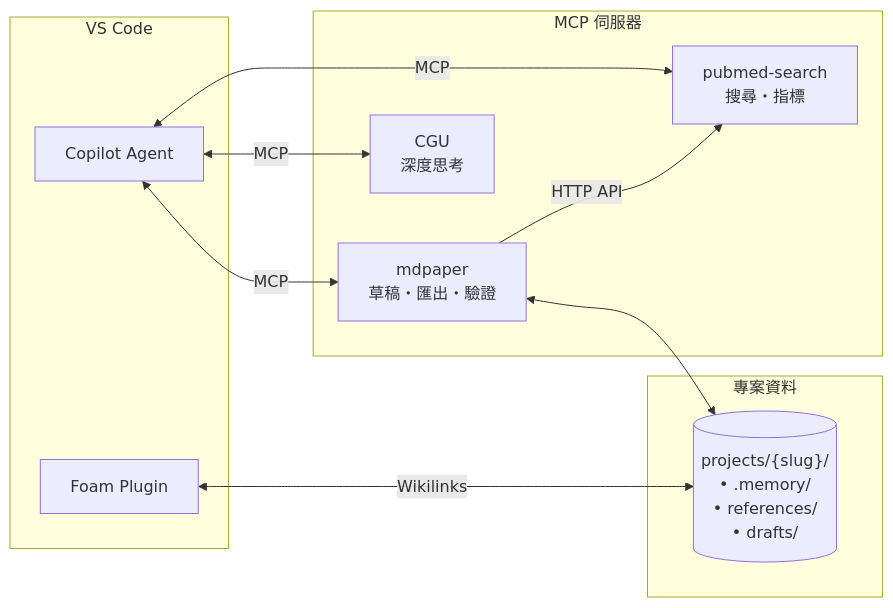
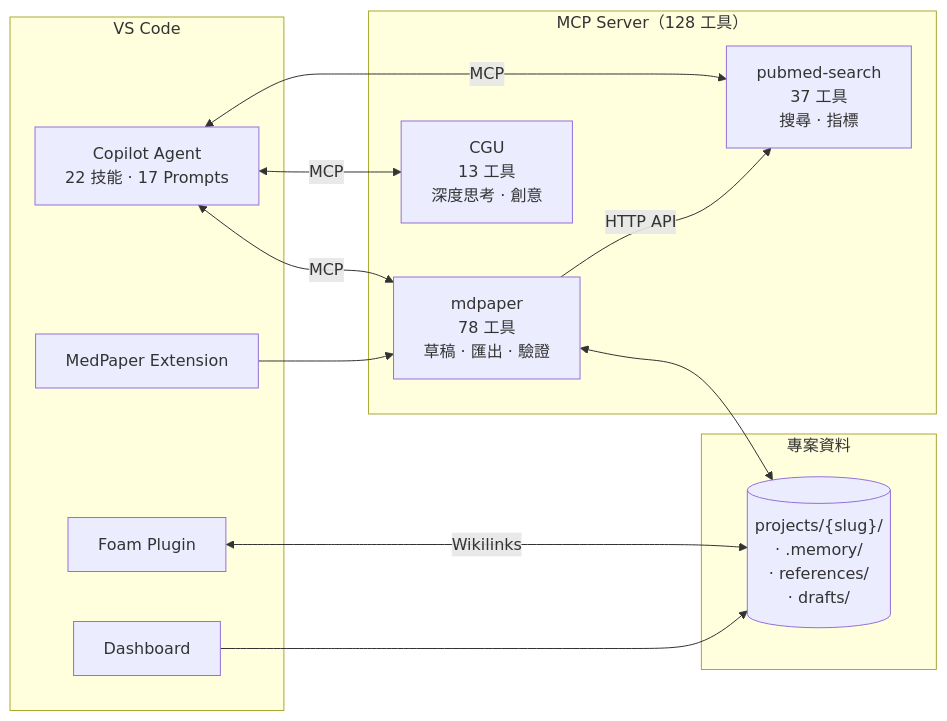
Before and after one commit to u9401066/med-paper-assistant: the diagram in README.zh-TW.md, drawn with Mermaid. The commit also changed other lines of this file and 1 other file, not shown here.

````diff
--- a/README.zh-TW.md
+++ b/README.zh-TW.md
@@ -59,24 +40,28 @@
 ```mermaid
 flowchart LR
     subgraph IDE["VS Code"]
-        Agent[Copilot Agent]
+        Agent["Copilot Agent<br/>22 技能 · 17 Prompts"]
         Foam[Foam Plugin]
+        Ext[MedPaper Extension]
+        Dash[Dashboard]
     end
 
-    subgraph MCP["MCP 伺服器"]
-        mdpaper[mdpaper<br/>草稿・匯出・驗證]
-        pubmed[pubmed-search<br/>搜尋・指標]
-        cgu[CGU<br/>深度思考]
+    subgraph MCP["MCP Server（128 工具）"]
+        mdpaper["mdpaper<br/>78 工具<br/>草稿 · 匯出 · 驗證"]
+        pubmed["pubmed-search<br/>37 工具<br/>搜尋 · 指標"]
+        cgu["CGU<br/>13 工具<br/>深度思考 · 創意"]
     end
 
     subgraph Data["專案資料"]
-        proj[("projects/{slug}/<br/>• .memory/<br/>• references/<br/>• drafts/")]
+        proj[("projects/{slug}/<br/>· .memory/<br/>· references/<br/>· drafts/")]
     end
 
     Agent <-->|MCP| mdpaper
     Agent <-->|MCP| pubmed
     Agent <-->|MCP| cgu
     mdpaper -->|HTTP API| pubmed
     Foam <-->|Wikilinks| proj
     mdpaper <--> proj
+    Ext --> mdpaper
+    Dash --> proj
 ```
````
